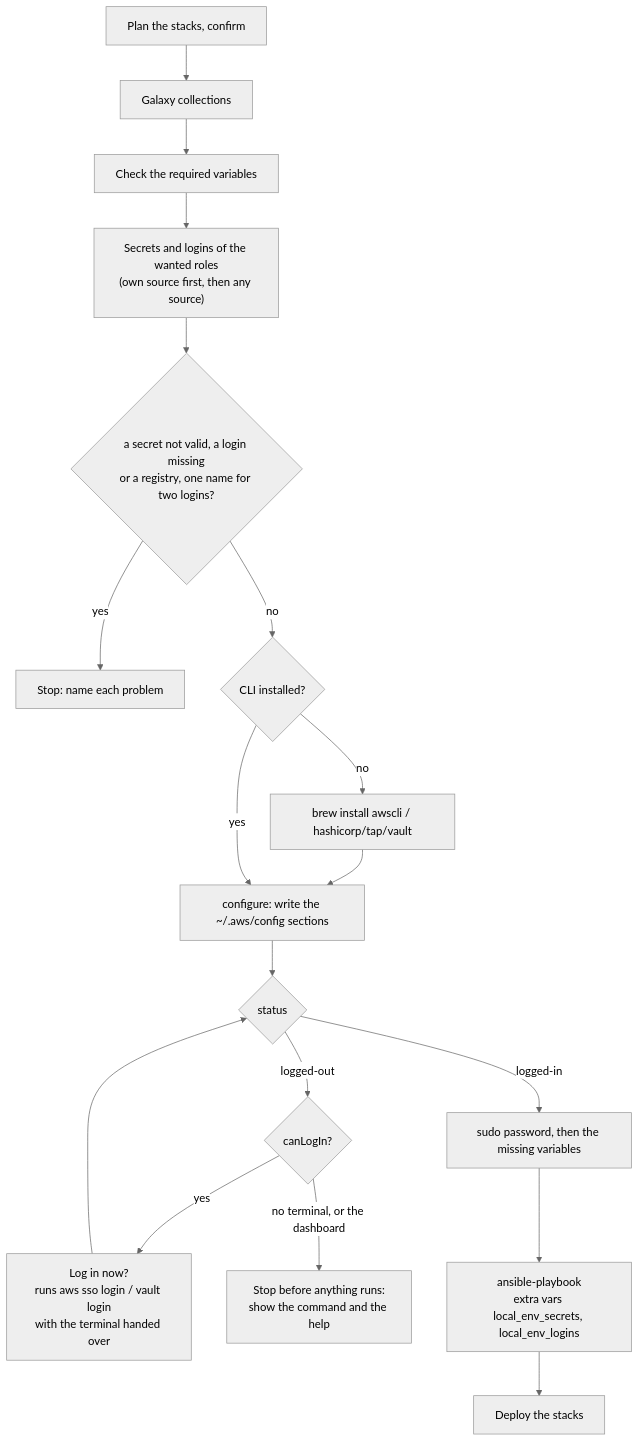
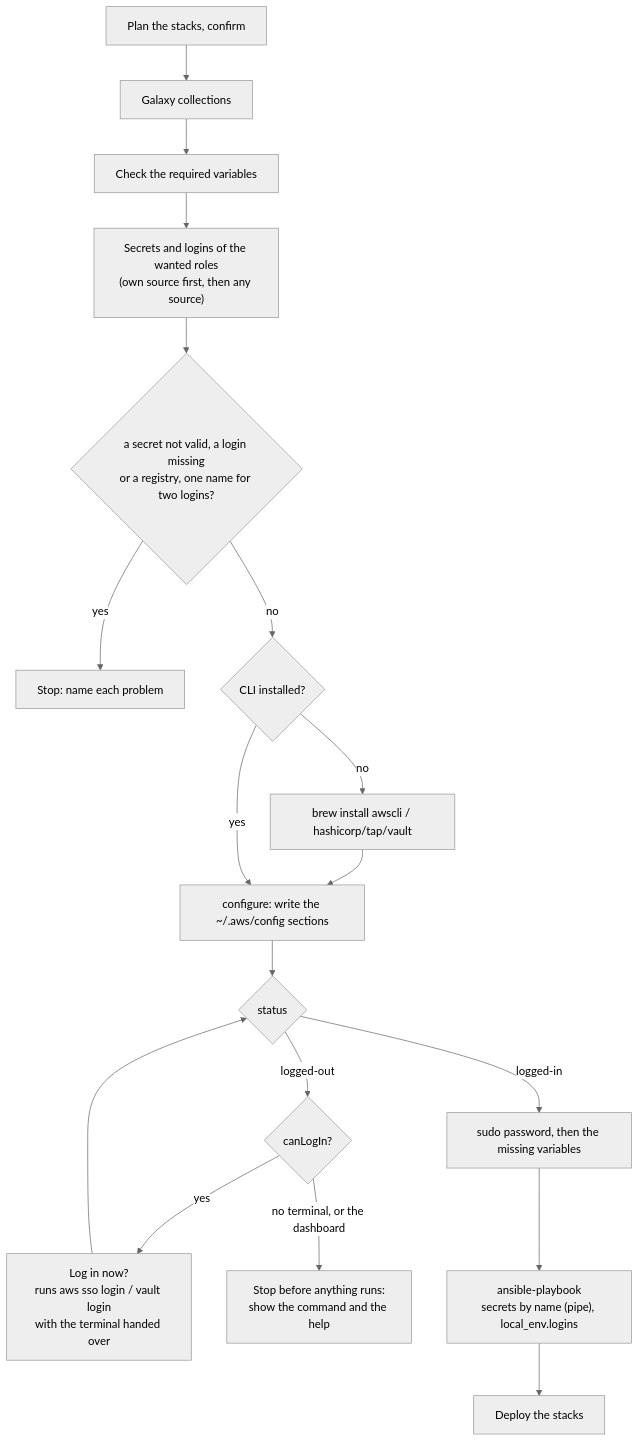
One commit to cgaube/local-env changed the second of 2 diagrams in docs/3-how-it-works/logins.md. Above: the diagram before and after it, drawn with Mermaid (neutral theme). The commit also changed other lines of this file and 35 other files, not shown here.

````diff
--- a/docs/3-how-it-works/logins.md
+++ b/docs/3-how-it-works/logins.md
@@ -206,20 +222,20 @@
 ```mermaid
 flowchart TD
   plan["Plan the stacks, confirm"] --> galaxy["Galaxy collections"]
   galaxy --> inputs["Check the required variables"]
   inputs --> collect["Secrets and logins of the wanted roles<br/>(own source first, then any source)"]
   collect --> clash{"a secret not valid, a login missing<br/>or a registry, one name for two logins?"}
   clash -- yes --> stopclash["Stop: name each problem"]
   clash -- no --> cli{"CLI installed?"}
   cli -- no --> brew["brew install awscli / hashicorp/tap/vault"]
   brew --> configure
   cli -- yes --> configure["configure: write the ~/.aws/config sections"]
   configure --> status{"status"}
   status -- logged-in --> sudo
   status -- logged-out --> ask{"canLogIn?"}
   ask -- yes --> login["Log in now?<br/>runs aws sso login / vault login<br/>with the terminal handed over"]
   login --> status
   ask -- "no terminal, or the dashboard" --> stop["Stop before anything runs:<br/>show the command and the help"]
-  sudo["sudo password, then the missing variables"] --> playbook["ansible-playbook<br/>extra vars local_env_secrets, local_env_logins"]
+  sudo["sudo password, then the missing variables"] --> playbook["ansible-playbook<br/>secrets by name (pipe), local_env.logins"]
   playbook --> stacks["Deploy the stacks"]
 ```
````
